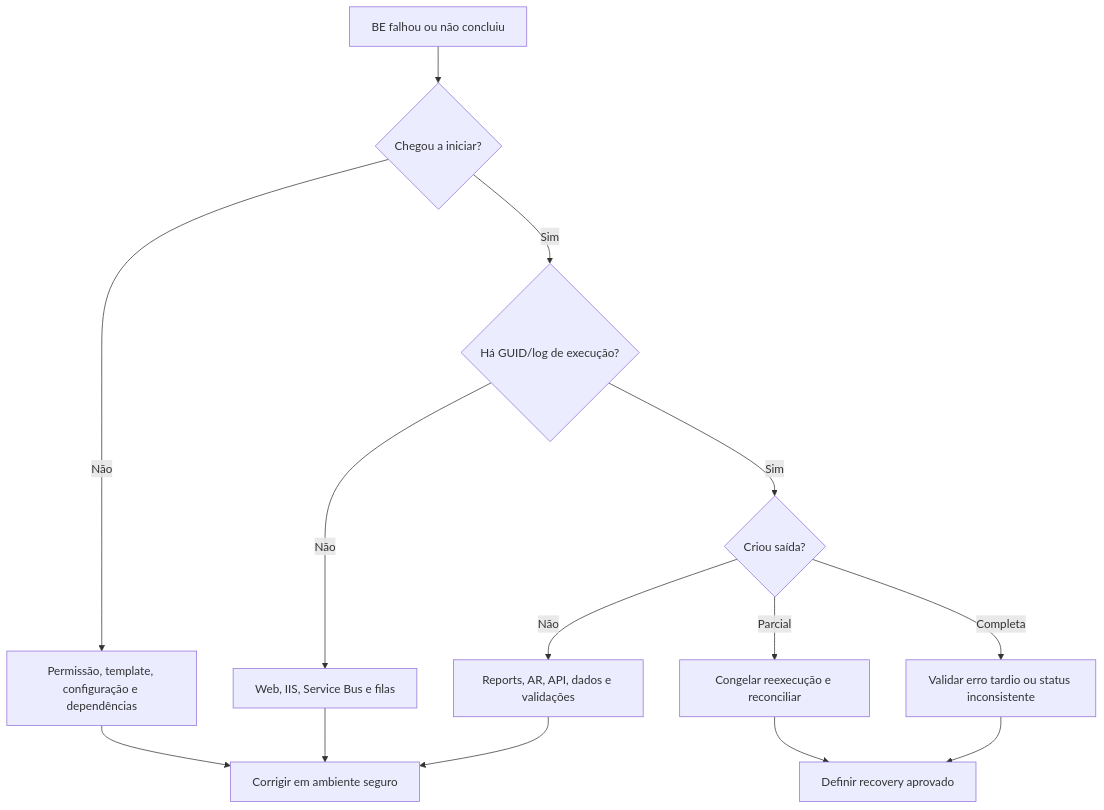
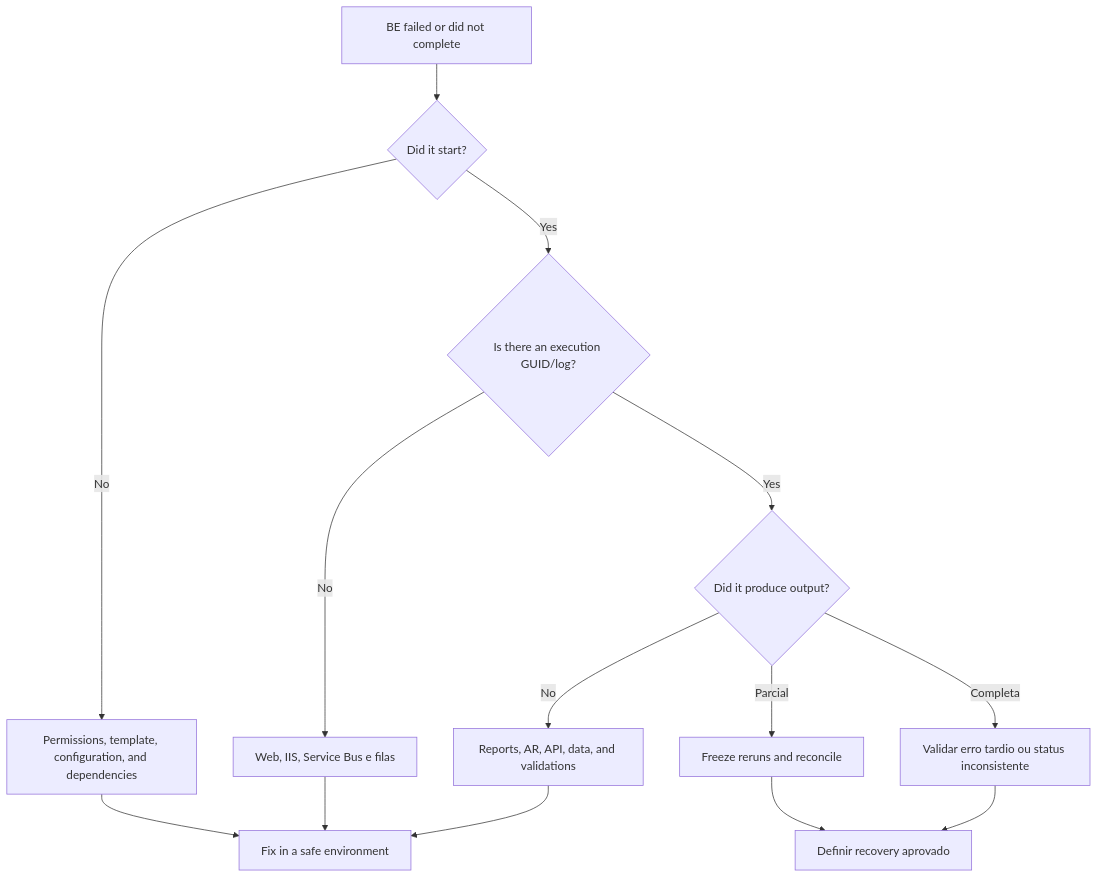
The diagram in docs/business-events/troubleshooting.md (msekimoto/investran), drawn with Mermaid before and after one commit. The commit also changed other lines of this file and 105 other files, not shown here.

````diff
--- a/docs/business-events/troubleshooting.md
+++ b/docs/business-events/troubleshooting.md
@@ -23,16 +23,16 @@
 ```mermaid
 flowchart TD
-    A[BE falhou ou não concluiu] --> B{Chegou a iniciar?}
-    B -->|Não| C[Permissão, template, configuração e dependências]
-    B -->|Sim| D{Há GUID/log de execução?}
-    D -->|Não| E[Web, IIS, Service Bus e filas]
-    D -->|Sim| F{Criou saída?}
-    F -->|Não| G[Reports, AR, API, dados e validações]
-    F -->|Parcial| H[Congelar reexecução e reconciliar]
+    A[BE failed or did not complete] --> B{Did it start?}
+    B -->|No| C[Permissions, template, configuration, and dependencies]
+    B -->|Yes| D{Is there an execution GUID/log?}
+    D -->|No| E[Web, IIS, Service Bus e filas]
+    D -->|Yes| F{Did it produce output?}
+    F -->|No| G[Reports, AR, API, data, and validations]
+    F -->|Parcial| H[Freeze reruns and reconcile]
     F -->|Completa| I[Validar erro tardio ou status inconsistente]
-    C --> J[Corrigir em ambiente seguro]
+    C --> J[Fix in a safe environment]
     E --> J
     G --> J
     H --> K[Definir recovery aprovado]
     I --> K
 ```
````
